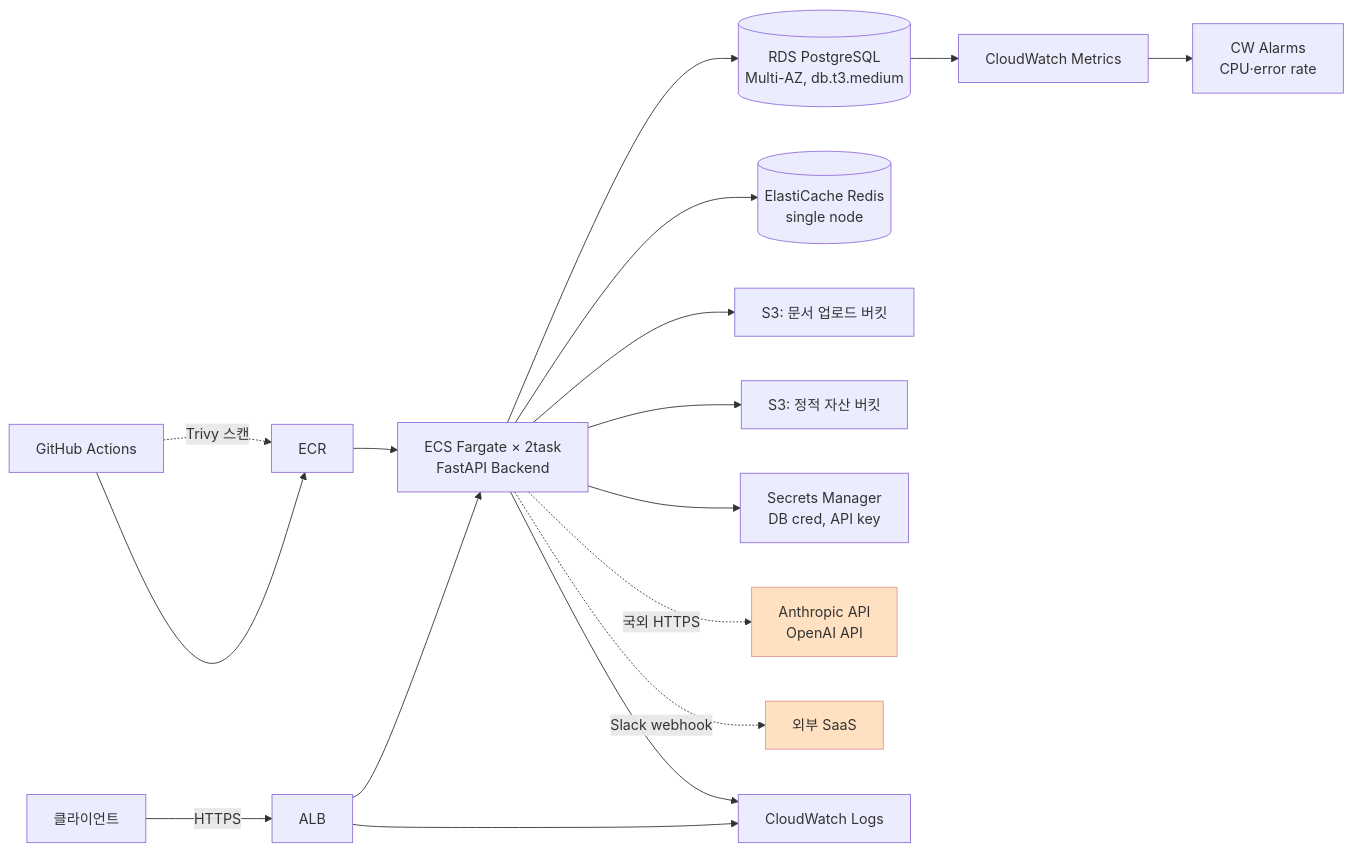
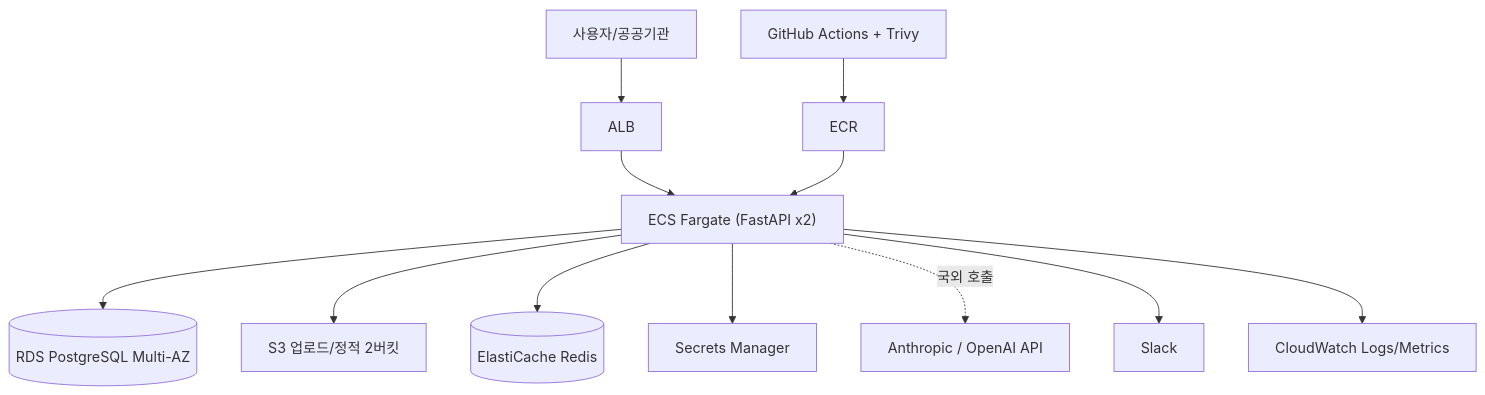
The diagram in MIGRATION_PLAN.md (pear-c/officeagent-devops-onboarding-challenge), drawn with Mermaid before and after one commit. The commit also changed other lines of this file and 26 other files, not shown here.

First line of the commit message:
재작성: 이전 산출물 초기화 + 1차자료 조사 기반 MIGRATION_PLAN·ARCHITECTURE

````diff
--- a/MIGRATION_PLAN.md
+++ b/MIGRATION_PLAN.md
@@ -29,24 +30,13 @@
 ```mermaid
-flowchart LR
-    Client[클라이언트] -->|HTTPS| ALB[ALB]
-    ALB --> Fargate[ECS Fargate × 2task<br/>FastAPI Backend]
-    Fargate --> RDS[(RDS PostgreSQL<br/>Multi-AZ, db.t3.medium)]
-    Fargate --> Redis[(ElastiCache Redis<br/>single node)]
-    Fargate --> S3Doc[S3: 문서 업로드 버킷]
-    Fargate --> S3Asset[S3: 정적 자산 버킷]
-    Fargate --> SM[Secrets Manager<br/>DB cred, API key]
-    Fargate -. 국외 HTTPS .-> LLM[Anthropic API<br/>OpenAI API]
-    Fargate -. Slack webhook .-> Slack[외부 SaaS]
-
-    ALB --> CWLog[CloudWatch Logs]
-    Fargate --> CWLog
-    RDS --> CWMetric[CloudWatch Metrics]
-    CWMetric --> Alarm[CW Alarms<br/>CPU·error rate]
-
-    GHA[GitHub Actions] --> ECR[ECR]
-    ECR --> Fargate
-    GHA -. Trivy 스캔 .-> ECR
-
-    classDef external fill:#ffe1c1,stroke:#d99,stroke-width:1px
-    class LLM,Slack external
+flowchart TB
+    U[사용자/공공기관] --> ALB[ALB]
+    ALB --> ECS["ECS Fargate (FastAPI x2)"]
+    ECS --> RDS[(RDS PostgreSQL Multi-AZ)]
+    ECS --> S3[S3 업로드/정적 2버킷]
+    ECS --> RED[(ElastiCache Redis)]
+    ECS --> SM[Secrets Manager]
+    ECS -. 국외 호출 .-> LLM[Anthropic / OpenAI API]
+    ECS --> SLK[Slack]
+    ECS --> CW[CloudWatch Logs/Metrics]
+    GHA[GitHub Actions + Trivy] --> ECR[ECR] --> ECS
 ```
````
